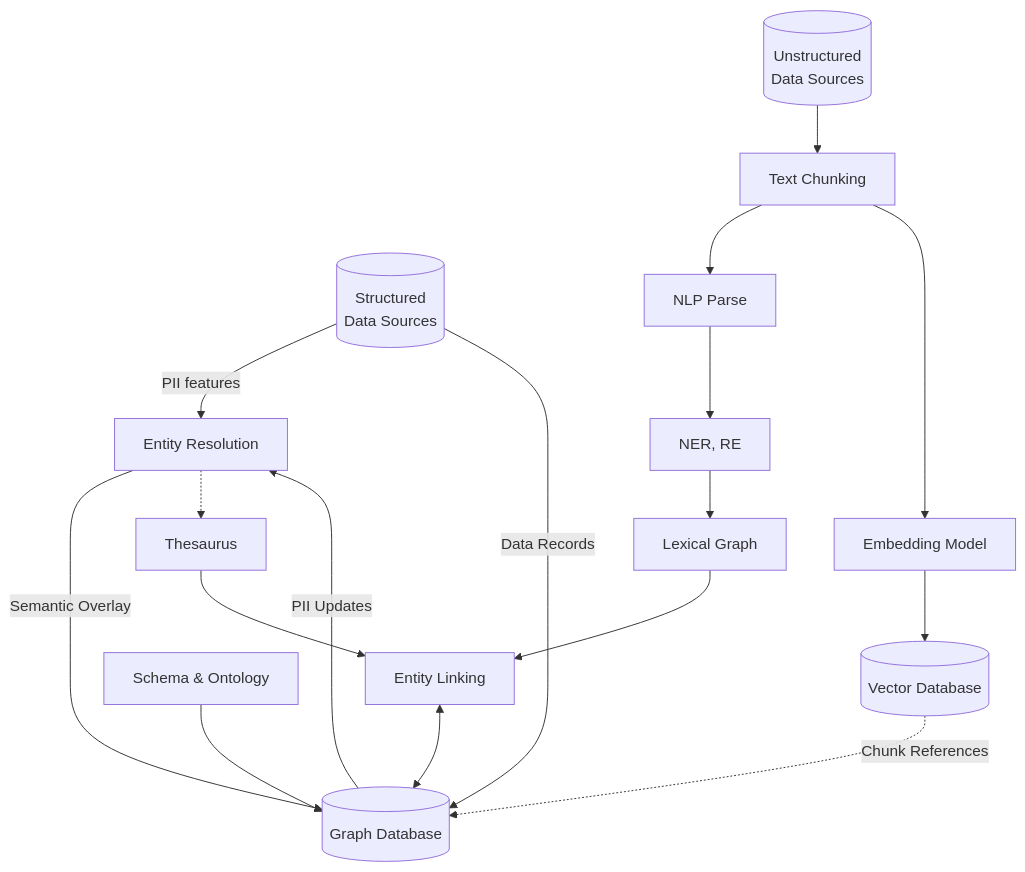
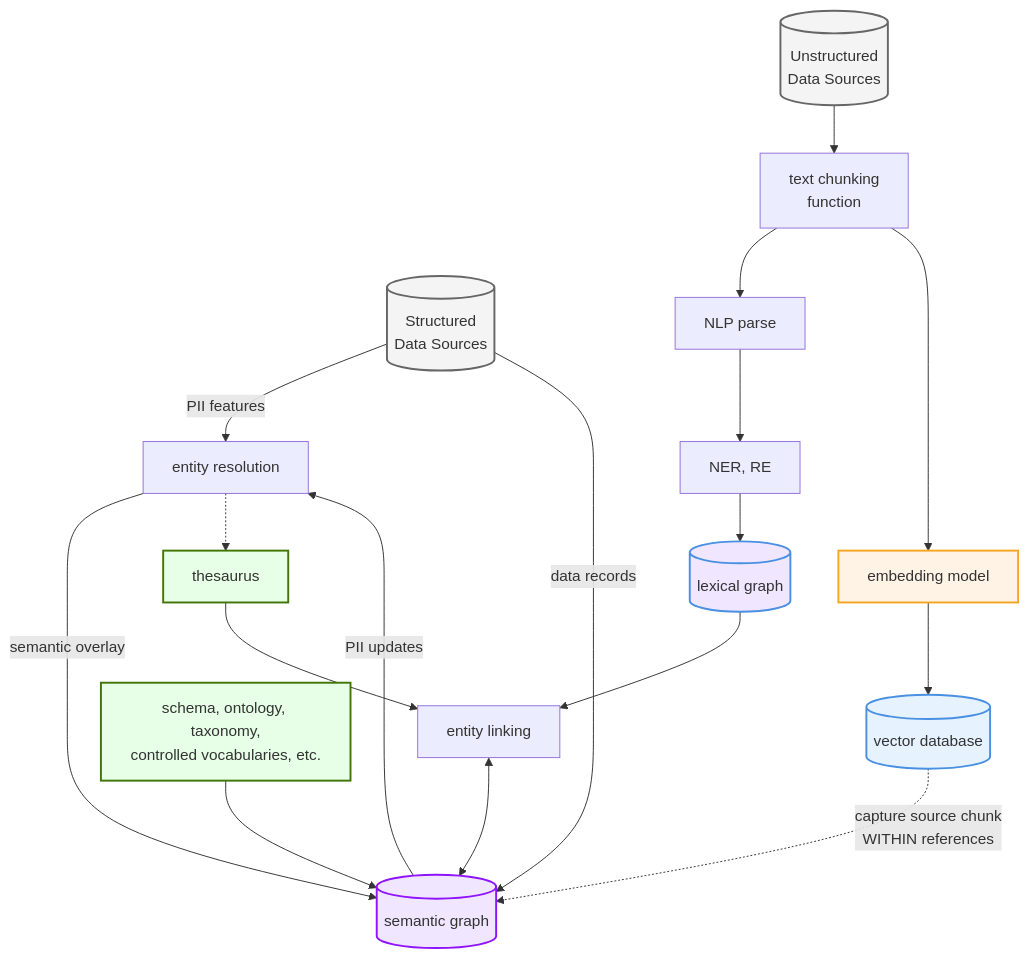
One commit to donbr/strwythura changed the first of 2 diagrams in graphrag_cheatsheet.md. Above: the diagram before and after it, drawn with Mermaid. The commit also changed other lines of this file and 4 other files, not shown here.

Commit message:
update diagrams

````diff
--- a/graphrag_cheatsheet.md
+++ b/graphrag_cheatsheet.md
@@ -22,28 +23,52 @@
 ```mermaid
 graph TD
-    A[(Structured<br/>Data Sources)]
-    C[(Unstructured<br/>Data Sources)]
-    G[(Graph Database)]
-    I[(Vector Database)]
+    %% Database shapes with consistent styling
+    SDS[(Structured<br/>Data Sources)]
+    UDS[(Unstructured<br/>Data Sources)]
+    LG[(lexical graph)]
+    SG[(semantic graph)]
+    VD[(vector database)]
 
-    A -->|PII features| B[Entity Resolution]
-    A -->|Data Records| G
-    G -->|PII Updates| B
-    B -->|Semantic Overlay| G
+    %% Flow from structured data
+    SDS -->|PII features| ER[entity resolution]
+    SDS -->|data records| SG
+    SG -->|PII updates| ER
+    ER -->|semantic overlay| SG
 
-    J[Schema & Ontology] --> G
+    %% Schema and ontology
+    ONT[schema, ontology, taxonomy,<br/>controlled vocabularies, etc.]
+    ONT --> SG
 
-    C --> K[Text Chunking]
-    K --> D[NLP Parse]
-    K --> L[Embedding Model]
-    D --> E[NER, RE]
-    E --> F[Lexical Graph]
-    F --> H[Entity Linking]
-    H <--> G
+    %% Flow from unstructured data
+    UDS --> K[text chunking<br/>function]
+    K --> NLP[NLP parse]
+    K --> EM[embedding model]
+    NLP --> E[NER, RE]
+    E --> LG
+    LG --> EL[entity linking]
+    EL <--> SG
 
-    L --> I
-    I -.->|Chunk References| G
+    %% Vector elements connections
+    EM --> VD
+    VD -.->|capture source chunk<br/>WITHIN references| SG
 
-    B -.->T[Thesaurus]
-    T --> H
+    %% Thesaurus connection
+    ER -.->T[thesaurus]
+    T --> EL
+
+    %% Styling classes
+    classDef dataSource fill:#f4f4f4,stroke:#666,stroke-width:2px;
+    classDef storage fill:#e6f3ff,stroke:#4a90e2,stroke-width:2px;
+    classDef embedding fill:#fff3e6,stroke:#f5a623,stroke-width:2px;
+    classDef lexical fill:#f0e6ff,stroke:#4a90e2,stroke-width:2px;
+    classDef semantic fill:#f0e6ff,stroke:#9013fe,stroke-width:2px;
+    classDef reference fill:#e6ffe6,stroke:#417505,stroke-width:2px;
+
+    %% Apply styles by layer/type
+    class SDS,UDS dataSource;
+    class SG,VD storage;
+    class EM embedding;
+    class LG lexical;
+    class SG semantic;
+    class ONT,T reference;
 ```
````
